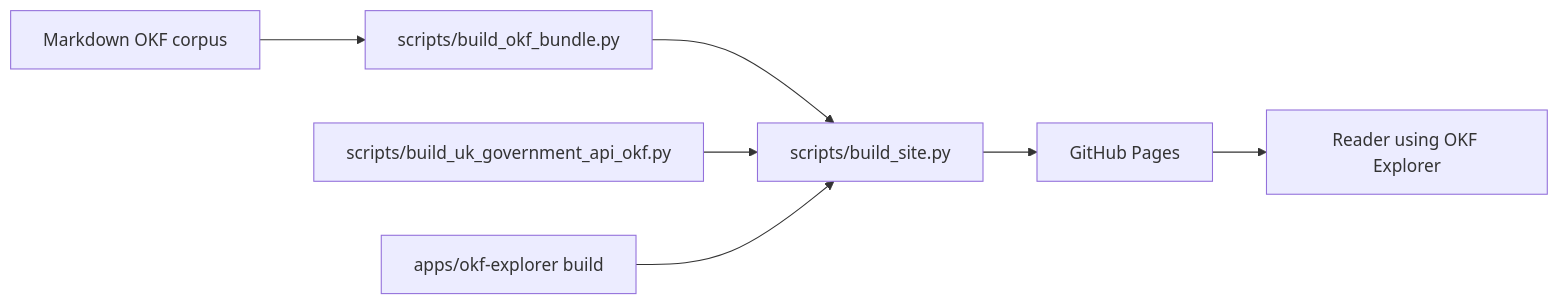
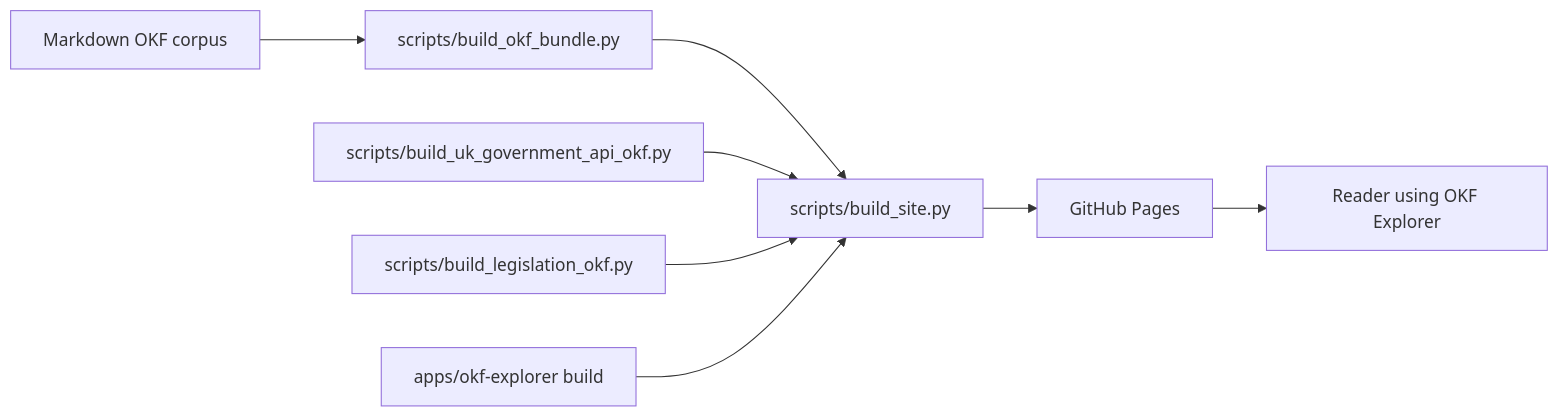
The diagram in docs/repository-guide.md (chris-page-gov/okf-explorer), drawn with Mermaid before and after one commit. The commit also changed other lines of this file and 18 other files, not shown here.

````diff
--- a/docs/repository-guide.md
+++ b/docs/repository-guide.md
@@ -32,15 +37,17 @@
 ```mermaid
 flowchart LR
   Markdown["Markdown OKF corpus"]
   SmallBuilder["scripts/build_okf_bundle.py"]
   UKBuilder["scripts/build_uk_government_api_okf.py"]
+  LegislationBuilder["scripts/build_legislation_okf.py"]
   Svelte["apps/okf-explorer build"]
   Site["scripts/build_site.py"]
   Pages["GitHub Pages"]
   Browser["Reader using OKF Explorer"]
 
   Markdown --> SmallBuilder --> Site
   UKBuilder --> Site
+  LegislationBuilder --> Site
   Svelte --> Site
   Site --> Pages --> Browser
 ```
````
